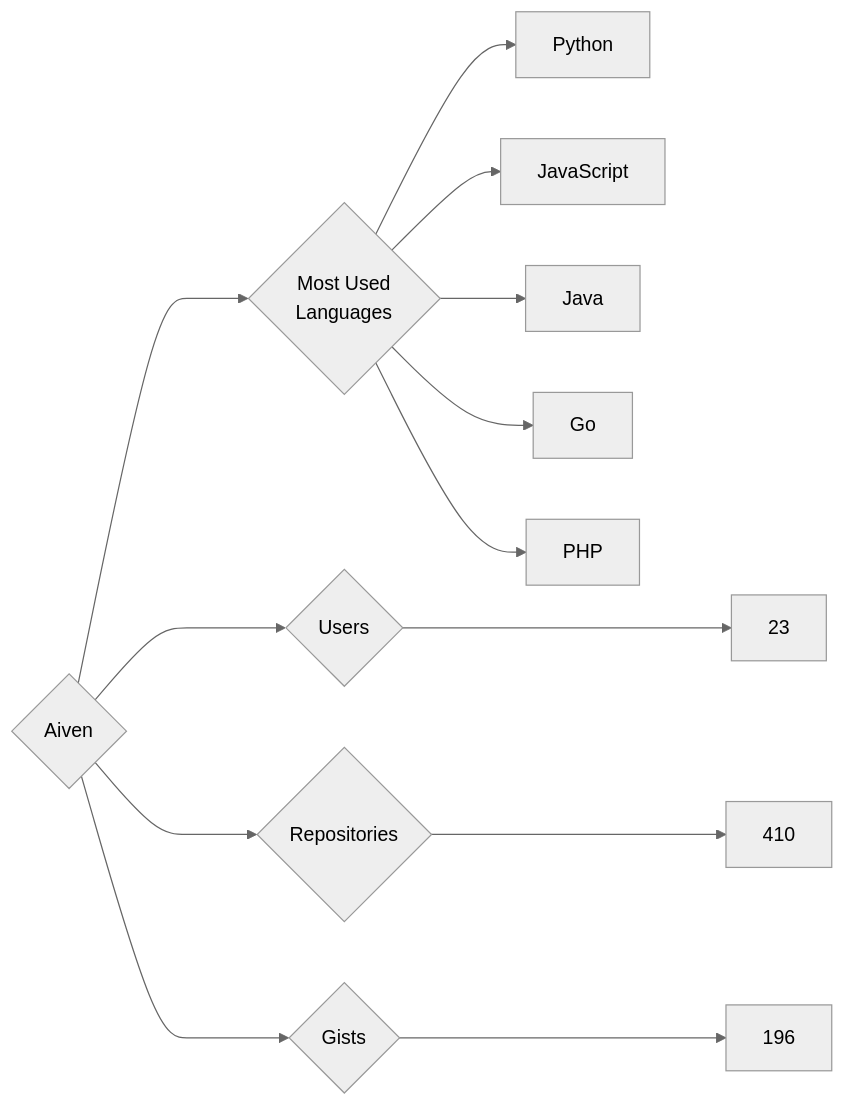
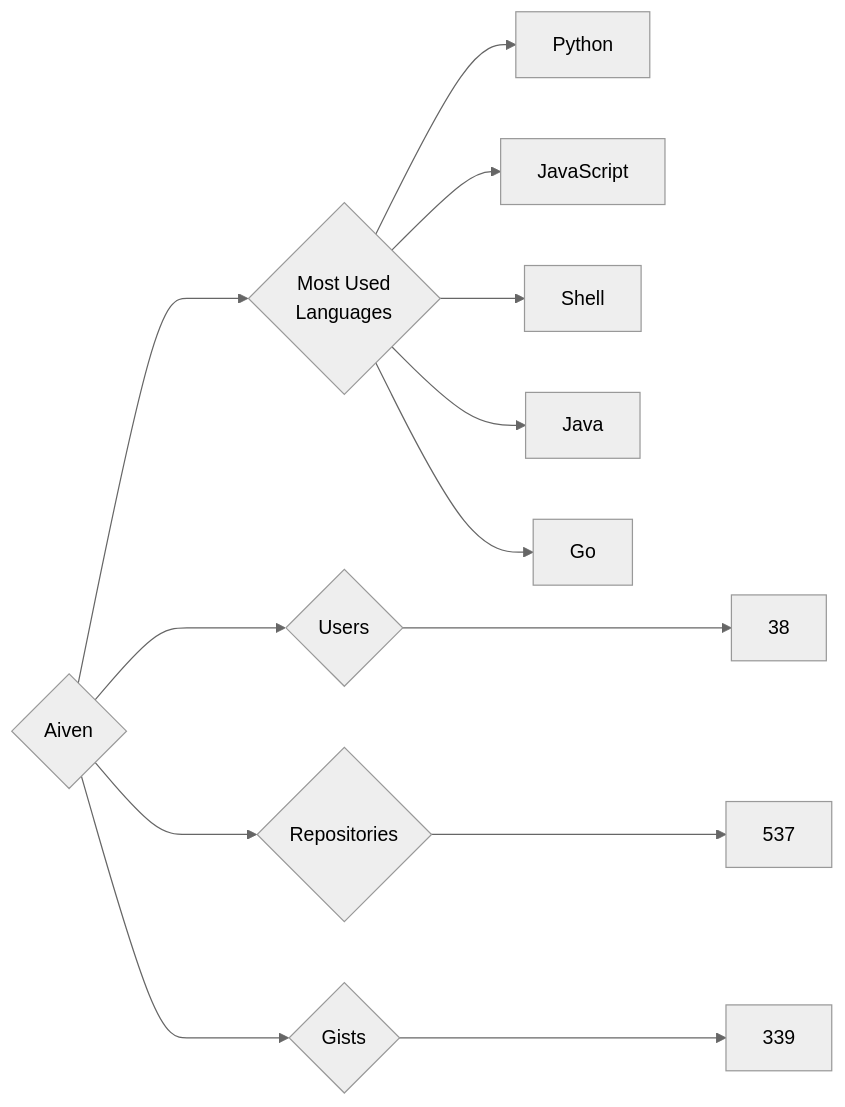
The diagram in targets/Aiven/README.md (trickest/insiders), drawn with Mermaid (neutral theme) before and after one commit. The commit also changed 873 other files, not shown here.

````diff
--- a/targets/Aiven/README.md
+++ b/targets/Aiven/README.md
@@ -3,13 +3,13 @@
 ```mermaid
 graph LR
 COMPANY_NAME{Aiven}
-COMPANY_NAME ---> U{Users} ---> UN[23]
-COMPANY_NAME ---> R{Repositories} ---> RN[410]
-COMPANY_NAME ---> G{Gists} ---> GN[196]
+COMPANY_NAME ---> U{Users} ---> UN[38]
+COMPANY_NAME ---> R{Repositories} ---> RN[537]
+COMPANY_NAME ---> G{Gists} ---> GN[339]
 COMPANY_NAME ---> ML{Most Used<br>Languages}
 ML --> Python[Python]
 ML --> JavaScript[JavaScript]
+ML --> Shell[Shell]
 ML --> Java[Java]
 ML --> Go[Go]
-ML --> PHP[PHP]
 ```
````
